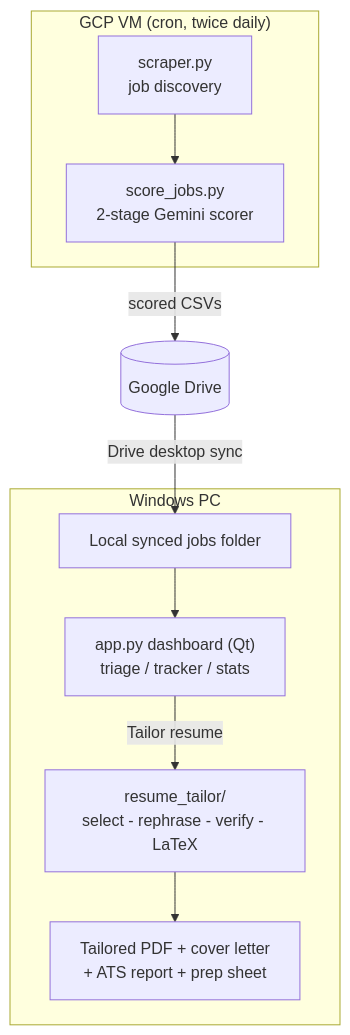
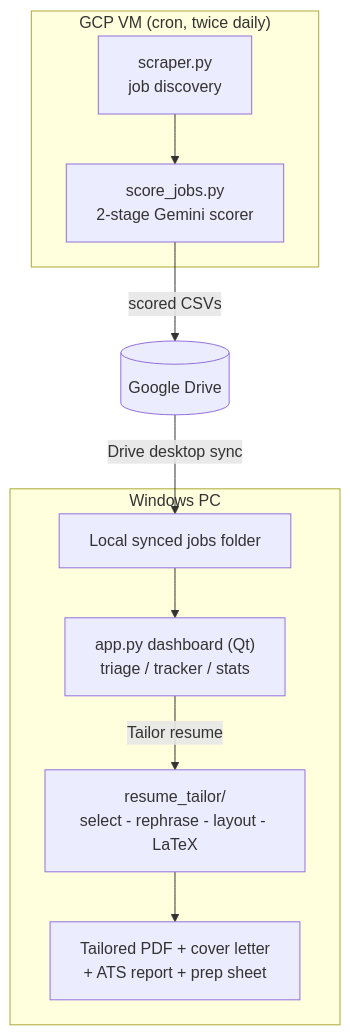
One commit to yib7/INployed changed the diagram in README.md. Above: the diagram before and after it, drawn with Mermaid. The commit also changed other lines of this file, not shown here.

First line of the commit message:
README: drop the deleted verify stage from the pipeline description

````diff
--- a/README.md
+++ b/README.md
@@ -47,13 +47,13 @@
 ```mermaid
 flowchart TD
     subgraph Cloud["GCP VM (cron, twice daily)"]
         A["scraper.py<br/>job discovery"] --> B["score_jobs.py<br/>2-stage Gemini scorer"]
     end
     B -->|scored CSVs| C[("Google Drive")]
     C -->|Drive desktop sync| D["Local synced jobs folder"]
     subgraph Desktop["Windows PC"]
         D --> E["app.py dashboard (Qt)<br/>triage / tracker / stats"]
-        E -->|Tailor resume| F["resume_tailor/<br/>select - rephrase - verify - LaTeX"]
+        E -->|Tailor resume| F["resume_tailor/<br/>select - rephrase - layout - LaTeX"]
         F --> G["Tailored PDF + cover letter<br/>+ ATS report + prep sheet"]
     end
 ```
````
